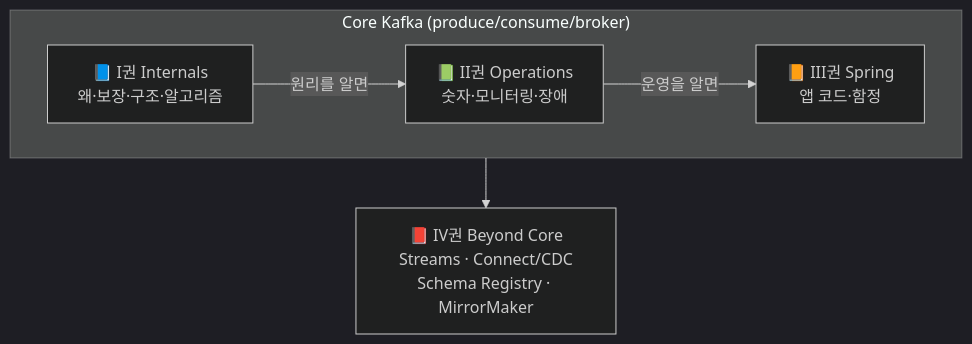
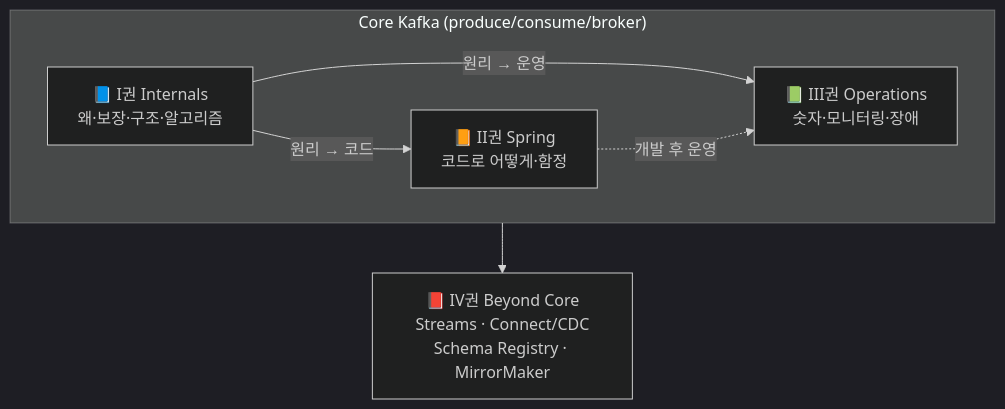
The diagram in docs/book/README.md (ghtjr410/kafka-lab), drawn with Mermaid (dark theme) before and after one commit. The commit also changed other lines of this file and 5 other files, not shown here.

First line of the commit message:
docs(book)!: 권 순서 재배열 — I 원리 → II Spring(개발) → III Operations(운영) → IV

````diff
--- a/docs/book/README.md
+++ b/docs/book/README.md
@@ -41,11 +44,12 @@
 ```mermaid
 graph TB
     subgraph CORE["Core Kafka (produce/consume/broker)"]
         I["📘 I권 Internals<br/>왜·보장·구조·알고리즘"]
-        II["📗 II권 Operations<br/>숫자·모니터링·장애"]
-        III["📙 III권 Spring<br/>앱 코드·함정"]
-        I -->|원리를 알면| II
-        II -->|운영을 알면| III
+        II["📙 II권 Spring<br/>코드로 어떻게·함정"]
+        III["📗 III권 Operations<br/>숫자·모니터링·장애"]
+        I -->|"원리 → 코드"| II
+        I -->|"원리 → 운영"| III
+        II -.->|"개발 후 운영"| III
     end
     CORE --> IV["📕 IV권 Beyond Core<br/>Streams · Connect/CDC<br/>Schema Registry · MirrorMaker"]
 ```
````
